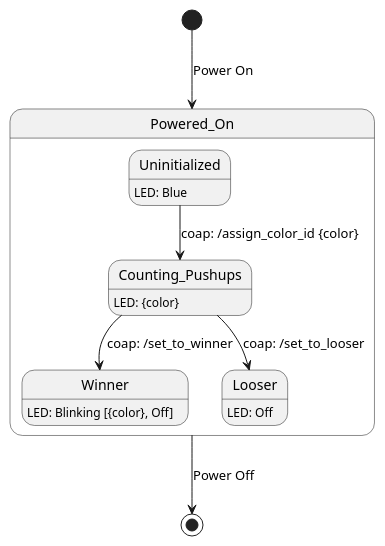
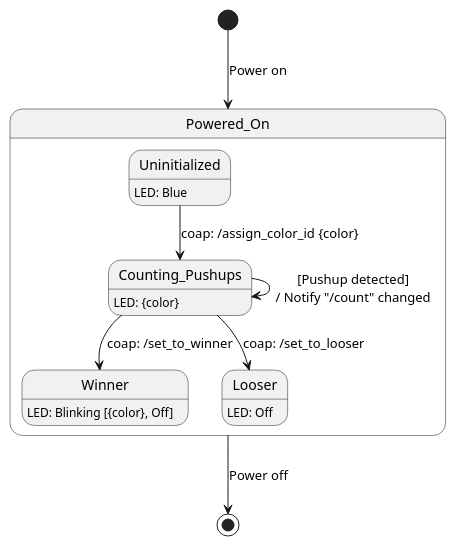
Before and after one commit to friedrichdudda/AIT05: the diagram in docs/communication_state_machine.puml, drawn with PlantUML.

```diff
--- a/docs/communication_state_machine.puml
+++ b/docs/communication_state_machine.puml
@@ -1,14 +1,15 @@
 @startuml Kommunikation
-[*] --> Powered_On: Power On
+[*] --> Powered_On: Power on
 state Powered_On {
     Uninitialized : LED: Blue
     Counting_Pushups: LED: {color}
     Winner: LED: Blinking [{color}, Off]
     Looser: LED: Off
 
     Uninitialized--> Counting_Pushups: coap: /assign_color_id {color}
+    Counting_Pushups --> Counting_Pushups: [Pushup detected]\n/ Notify "/count" changed
     Counting_Pushups --> Winner: coap: /set_to_winner
     Counting_Pushups --> Looser: coap: /set_to_looser
 }
-Powered_On --> [*]: Power Off
+Powered_On --> [*]: Power off
 @enduml
```
